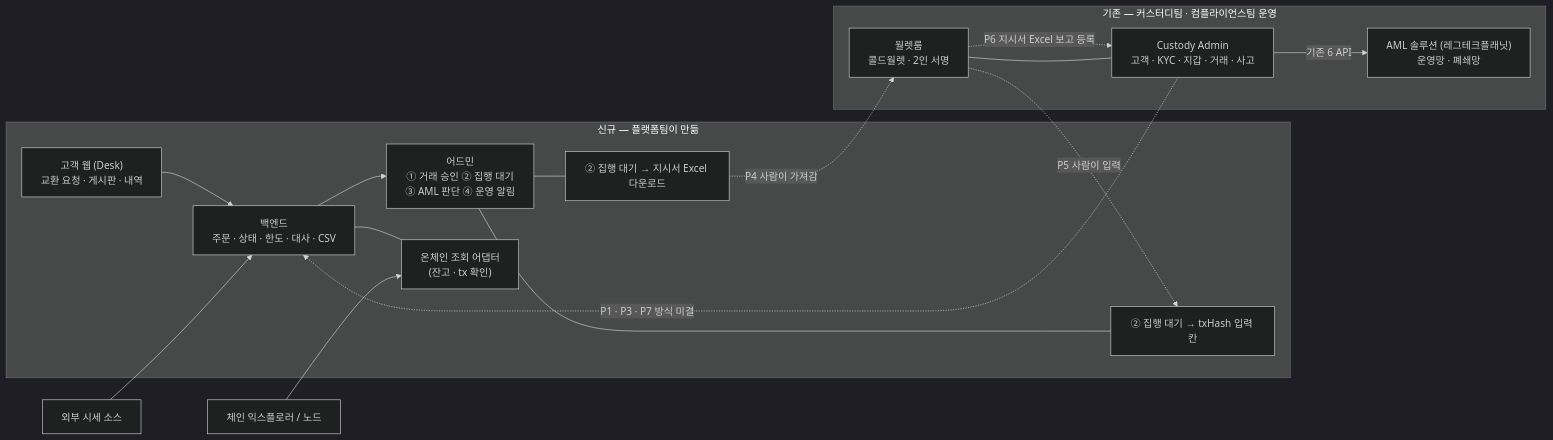
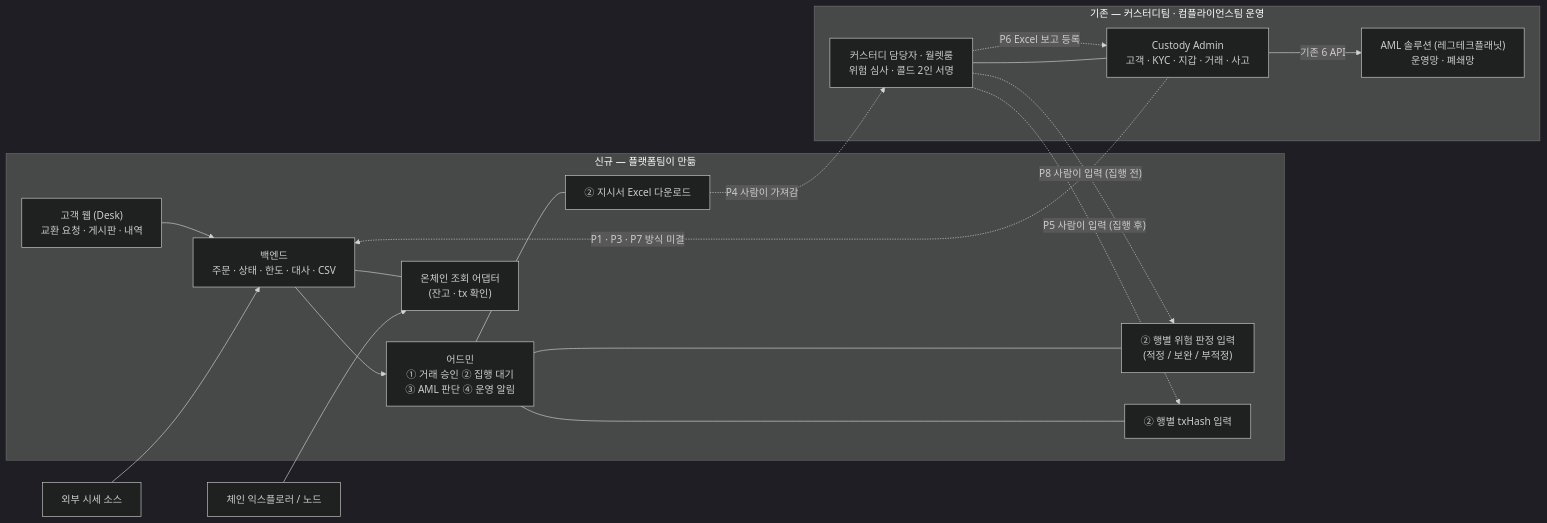
The second of 7 diagrams in drafts/36_플랫폼_커스터디_연동_범위_설명자료.md (dsrvlabs/dsrv-desk), drawn with Mermaid (dark theme) before and after one commit. The commit also changed other lines of this file and 1 other file, not shown here.

Commit message:
drafts/36 v3: P8 거래 위험 판정(집행 전 블랙리스트·KYT 심사 결과 → 어드민 행별 적정/보완/부적정 입력) 추가, 행 상태 전이·반환 행·고객 안내·D4·Q10 · drafts/35 v3 메모

````diff
--- a/drafts/36_플랫폼_커스터디_연동_범위_설명자료.md
+++ b/drafts/36_플랫폼_커스터디_연동_범위_설명자료.md
@@ -69,28 +70,31 @@
 ```mermaid
 flowchart LR
   subgraph NEW["신규 — 플랫폼팀이 만듦"]
     DESK["고객 웹 (Desk)<br/>교환 요청 · 게시판 · 내역"]
     ADM["어드민<br/>① 거래 승인 ② 집행 대기<br/>③ AML 판단 ④ 운영 알림"]
     CORE["백엔드<br/>주문 · 상태 · 한도 · 대사 · CSV"]
-    XLS["② 집행 대기 → 지시서 Excel 다운로드"]
-    TXI["② 집행 대기 → txHash 입력 칸"]
+    XLS["② 지시서 Excel 다운로드"]
+    RSK["② 행별 위험 판정 입력<br/>(적정 / 보완 / 부적정)"]
+    TXI["② 행별 txHash 입력"]
     CHAIN["온체인 조회 어댑터<br/>(잔고 · tx 확인)"]
     DESK --> CORE --> ADM
     ADM --- XLS
+    ADM --- RSK
     ADM --- TXI
     CORE --- CHAIN
   end
   subgraph ASIS["기존 — 커스터디팀 · 컴플라이언스팀 운영"]
     CADM["Custody Admin<br/>고객 · KYC · 지갑 · 거래 · 사고"]
-    WR["월렛룸<br/>콜드월렛 · 2인 서명"]
+    WR["커스터디 담당자 · 월렛룸<br/>위험 심사 · 콜드 2인 서명"]
     AML["AML 솔루션 (레그테크플래닛)<br/>운영망 · 폐쇄망"]
     CADM -->|"기존 6 API"| AML
     CADM --- WR
   end
   EXP["체인 익스플로러 / 노드"] --> CHAIN
   PRICE["외부 시세 소스"] --> CORE
   XLS -.->|"P4 사람이 가져감"| WR
-  WR -.->|"P5 사람이 입력"| TXI
-  WR -.->|"P6 지시서 Excel 보고 등록"| CADM
+  WR -.->|"P8 사람이 입력 (집행 전)"| RSK
+  WR -.->|"P5 사람이 입력 (집행 후)"| TXI
+  WR -.->|"P6 Excel 보고 등록"| CADM
   CADM -.->|"P1 · P3 · P7 방식 미결"| CORE
 ```
````
